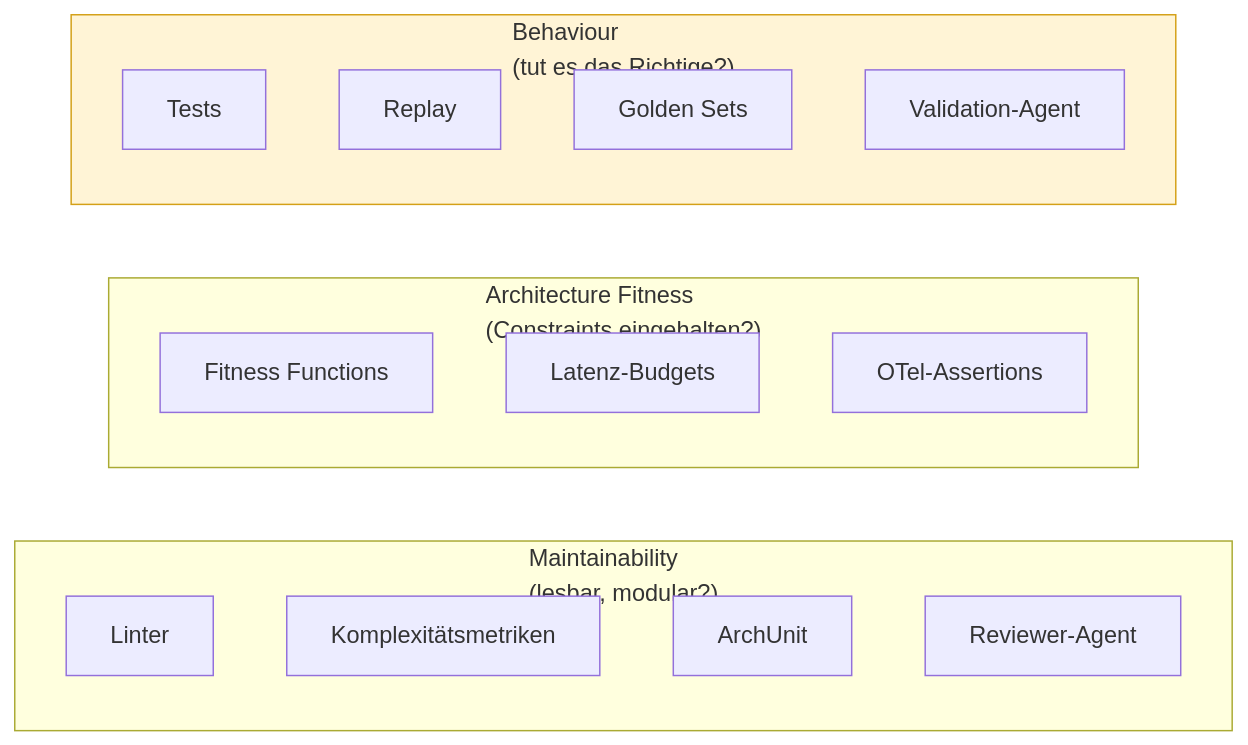
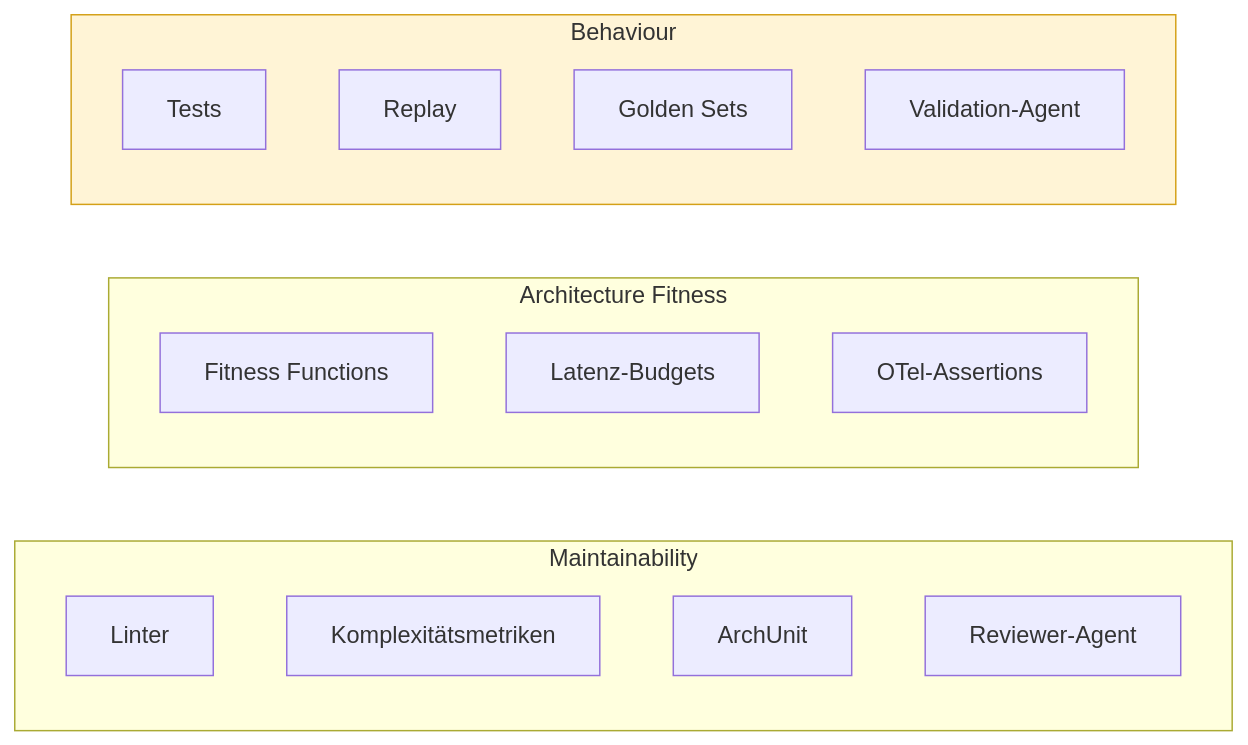
One commit to pt9912/ai-harness-course changed the second of 5 diagrams in kurs/de/grundlagen/klassifikation.md. Above: the diagram before and after it, drawn with Mermaid. The commit also changed other lines of this file and 22 other files, not shown here.

````diff
--- a/kurs/de/grundlagen/klassifikation.md
+++ b/kurs/de/grundlagen/klassifikation.md
@@ -66,21 +68,21 @@
 ```mermaid
 flowchart LR
-    subgraph M["Maintainability<br/>(lesbar, modular?)"]
+    subgraph M["Maintainability"]
         M1[Linter]
         M2[Komplexitätsmetriken]
         M3[ArchUnit]
         M4[Reviewer-Agent]
     end
-    subgraph A["Architecture Fitness<br/>(Constraints eingehalten?)"]
+    subgraph A["Architecture Fitness"]
         A1[Fitness Functions]
         A2[Latenz-Budgets]
         A3[OTel-Assertions]
     end
-    subgraph B["Behaviour<br/>(tut es das Richtige?)"]
+    subgraph B["Behaviour"]
         B1[Tests]
         B2[Replay]
         B3[Golden Sets]
         B4[Validation-Agent]
     end
     style B fill:#fff4d6,stroke:#d4a017
 ```
````
